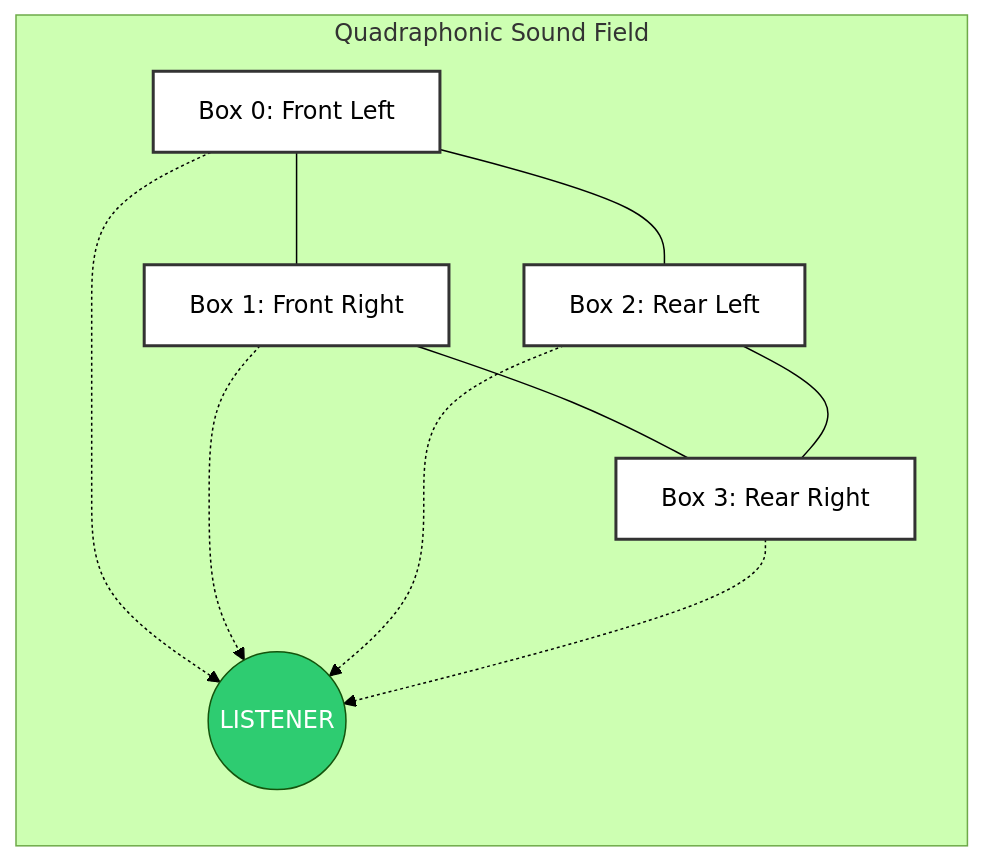
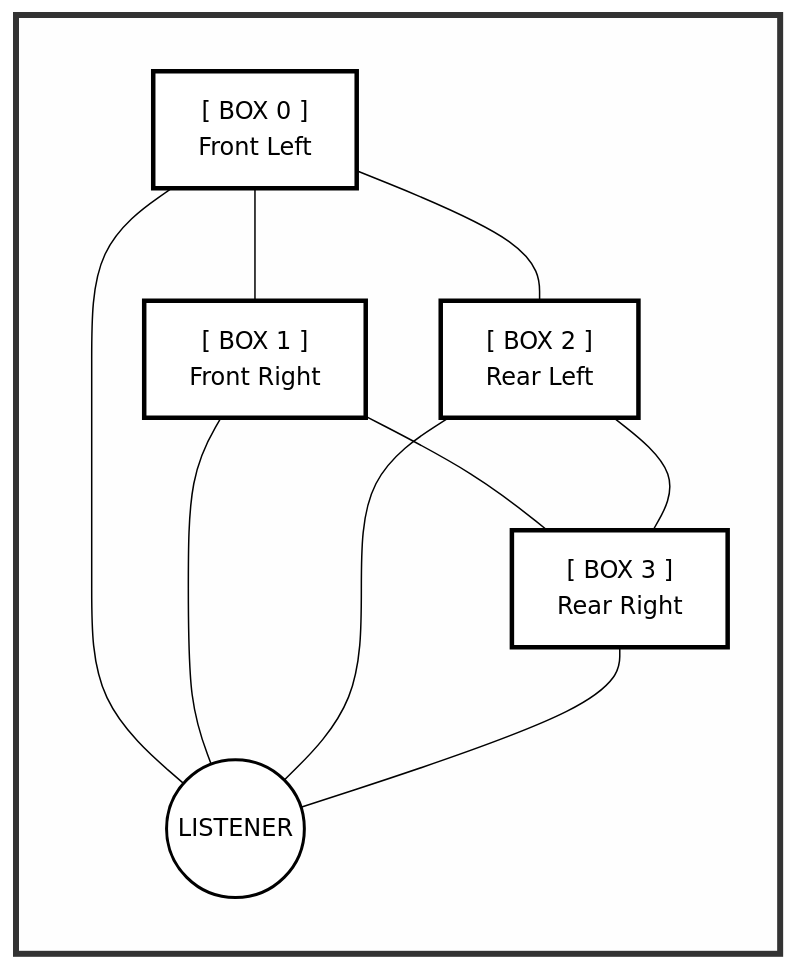
The diagram in README.md (YeshiNamkhai/ResonatingWithYou), drawn with Mermaid (forest theme) before and after one commit.

````diff
--- a/README.md
+++ b/README.md
@@ -98,29 +98,31 @@
 ```mermaid
-flowchart TD
-    subgraph Circle ["Quadraphonic Sound Field"]
+graph TD
+    %% The "Circle" outer boundary
+    subgraph Room [" "]
         direction TB
         
-        %% Top Row
-        S0["Box 0: Front Left"] --- S1["Box 1: Front Right"]
+        %% Top Row: Front Speakers
+        S0["[ BOX 0 ]<br/>Front Left"] --- S1["[ BOX 1 ]<br/>Front Right"]
         
-        %% Vertical Connectors for the "Circle" shape
+        %% The Listening Space
         S0 --- S2
         S1 --- S3
         
-        %% Listener Center
-        S0 -.-> Center((LISTENER))
-        S1 -.-> Center
-        S2 -.-> Center
-        S3 -.-> Center
+        %% The Center Point
+        S0 --- Center(( LISTENER ))
+        S1 --- Center
+        S2 --- Center
+        S3 --- Center
         
-        %% Bottom Row
-        S2["Box 2: Rear Left"] --- S3["Box 3: Rear Right"]
+        %% Bottom Row: Rear Speakers
+        S2["[ BOX 2 ]<br/>Rear Left"] --- S3["[ BOX 3 ]<br/>Rear Right"]
     end
 
-    %% Styling to emphasize the 4 Boxes
-    style S0 fill:#fff,stroke:#333,stroke-width:2px
-    style S1 fill:#fff,stroke:#333,stroke-width:2px
-    style S2 fill:#fff,stroke:#333,stroke-width:2px
-    style S3 fill:#fff,stroke:#333,stroke-width:2px
-    style Center fill:#2ecc71,color:#fff
+    %% Visual Styling for a "Drawing" look
+    style Room fill:#fefefe,stroke:#333,stroke-width:4px
+    style Center fill:#fff,stroke:#000,stroke-width:2px
+    style S0 fill:#fff,stroke:#000,stroke-width:3px
+    style S1 fill:#fff,stroke:#000,stroke-width:3px
+    style S2 fill:#fff,stroke:#000,stroke-width:3px
+    style S3 fill:#fff,stroke:#000,stroke-width:3px
 ```
````
